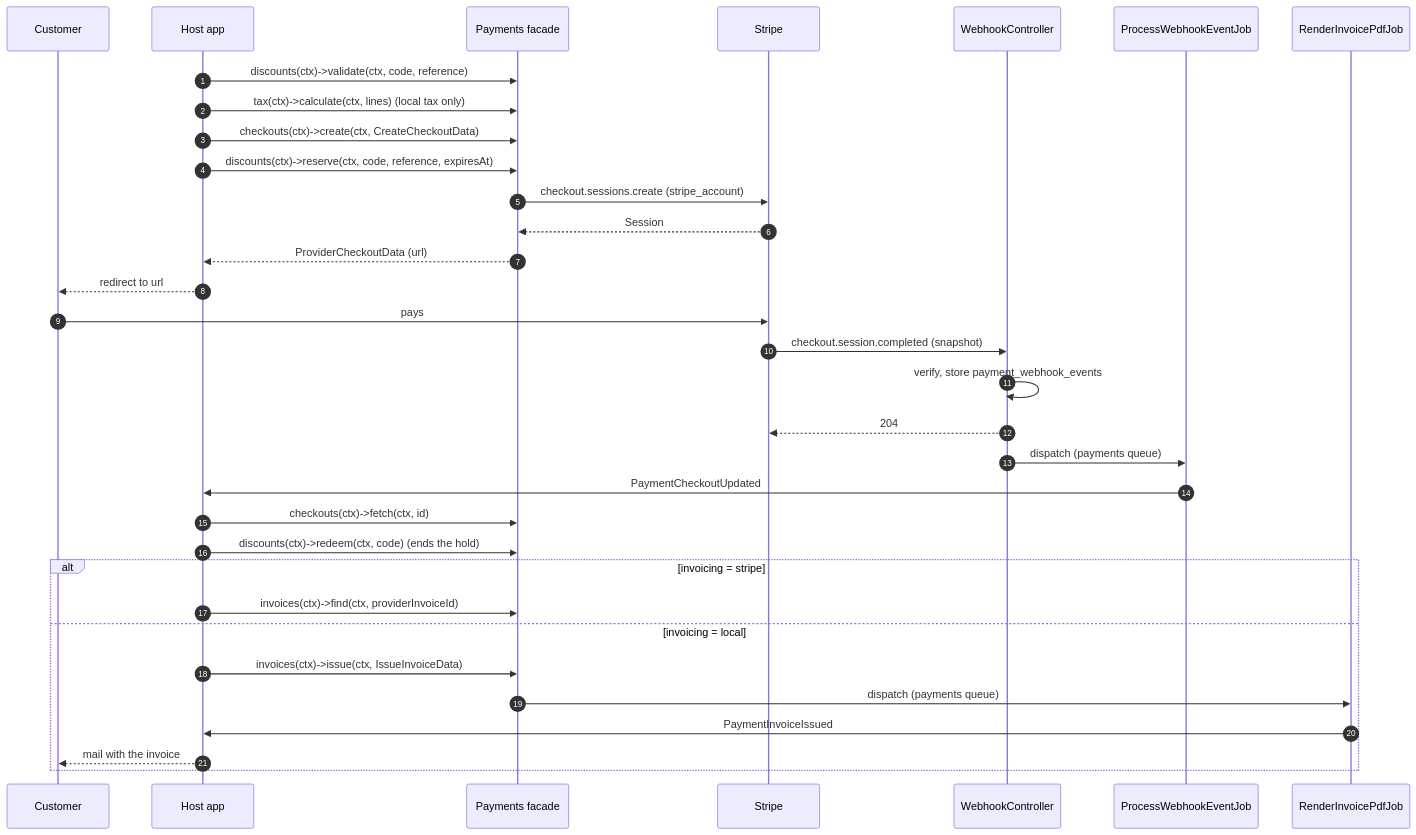
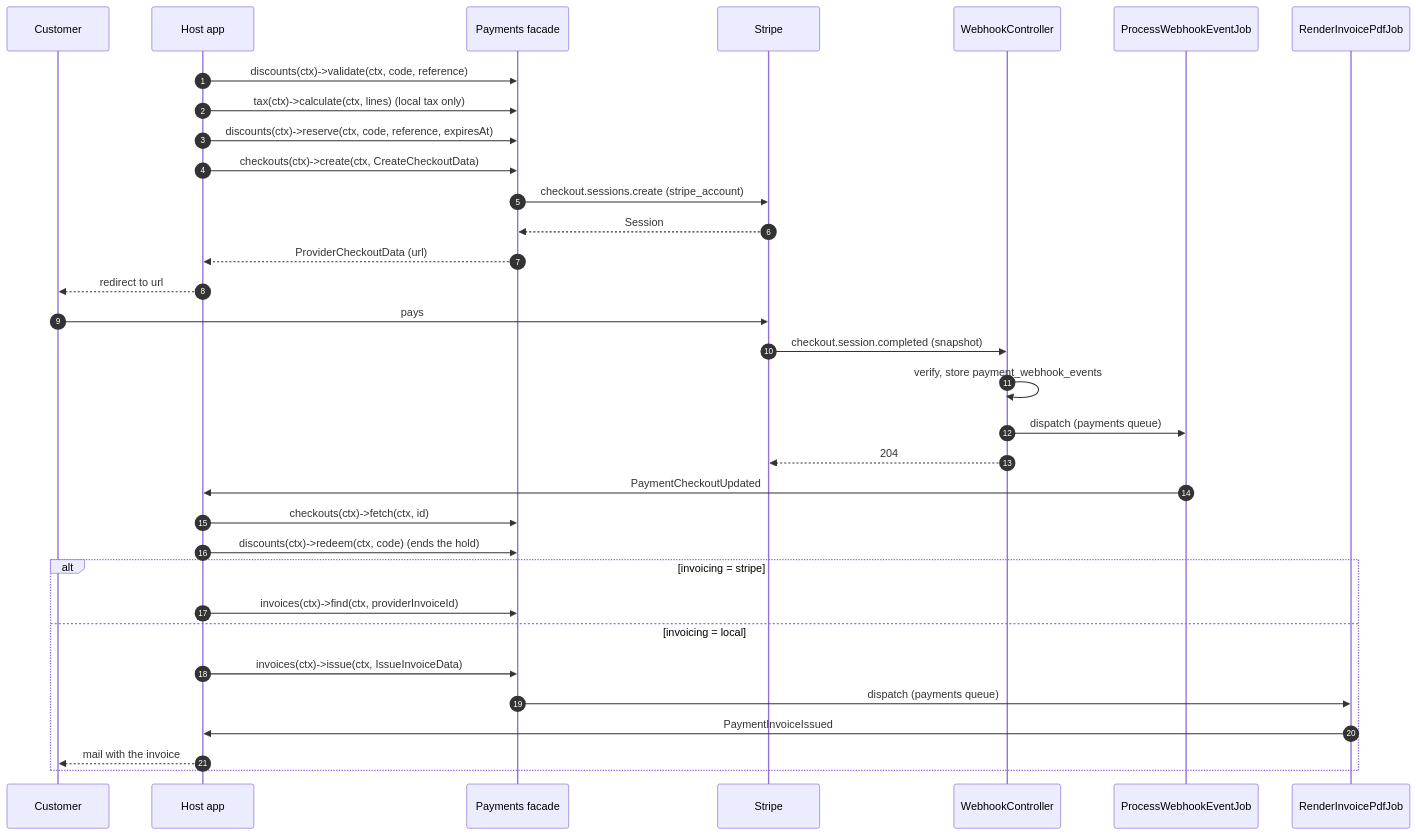
Before and after one commit to net-os-com/laravel-payments: the second of 3 diagrams in docs/Architecture.md, drawn with Mermaid. The commit also changed other lines of this file and 12 other files, not shown here.

````diff
--- a/docs/Architecture.md
+++ b/docs/Architecture.md
@@ -105,36 +106,36 @@
 ```mermaid
 sequenceDiagram
     autonumber
     participant Customer
     participant App as Host app
     participant Pkg as Payments facade
     participant Stripe
     participant WH as WebhookController
     participant Job as ProcessWebhookEventJob
     participant Pdf as RenderInvoicePdfJob
 
     App->>Pkg: discounts(ctx)->validate(ctx, code, reference)
     App->>Pkg: tax(ctx)->calculate(ctx, lines) (local tax only)
+    App->>Pkg: discounts(ctx)->reserve(ctx, code, reference, expiresAt)
     App->>Pkg: checkouts(ctx)->create(ctx, CreateCheckoutData)
-    App->>Pkg: discounts(ctx)->reserve(ctx, code, reference, expiresAt)
     Pkg->>Stripe: checkout.sessions.create (stripe_account)
     Stripe-->>Pkg: Session
     Pkg-->>App: ProviderCheckoutData (url)
     App-->>Customer: redirect to url
     Customer->>Stripe: pays
     Stripe->>WH: checkout.session.completed (snapshot)
     WH->>WH: verify, store payment_webhook_events
+    WH->>Job: dispatch (payments queue)
     WH-->>Stripe: 204
-    WH->>Job: dispatch (payments queue)
     Job->>App: PaymentCheckoutUpdated
     App->>Pkg: checkouts(ctx)->fetch(ctx, id)
     App->>Pkg: discounts(ctx)->redeem(ctx, code) (ends the hold)
     alt invoicing = stripe
         App->>Pkg: invoices(ctx)->find(ctx, providerInvoiceId)
     else invoicing = local
         App->>Pkg: invoices(ctx)->issue(ctx, IssueInvoiceData)
         Pkg->>Pdf: dispatch (payments queue)
         Pdf->>App: PaymentInvoiceIssued
         App-->>Customer: mail with the invoice
     end
 ```
````
